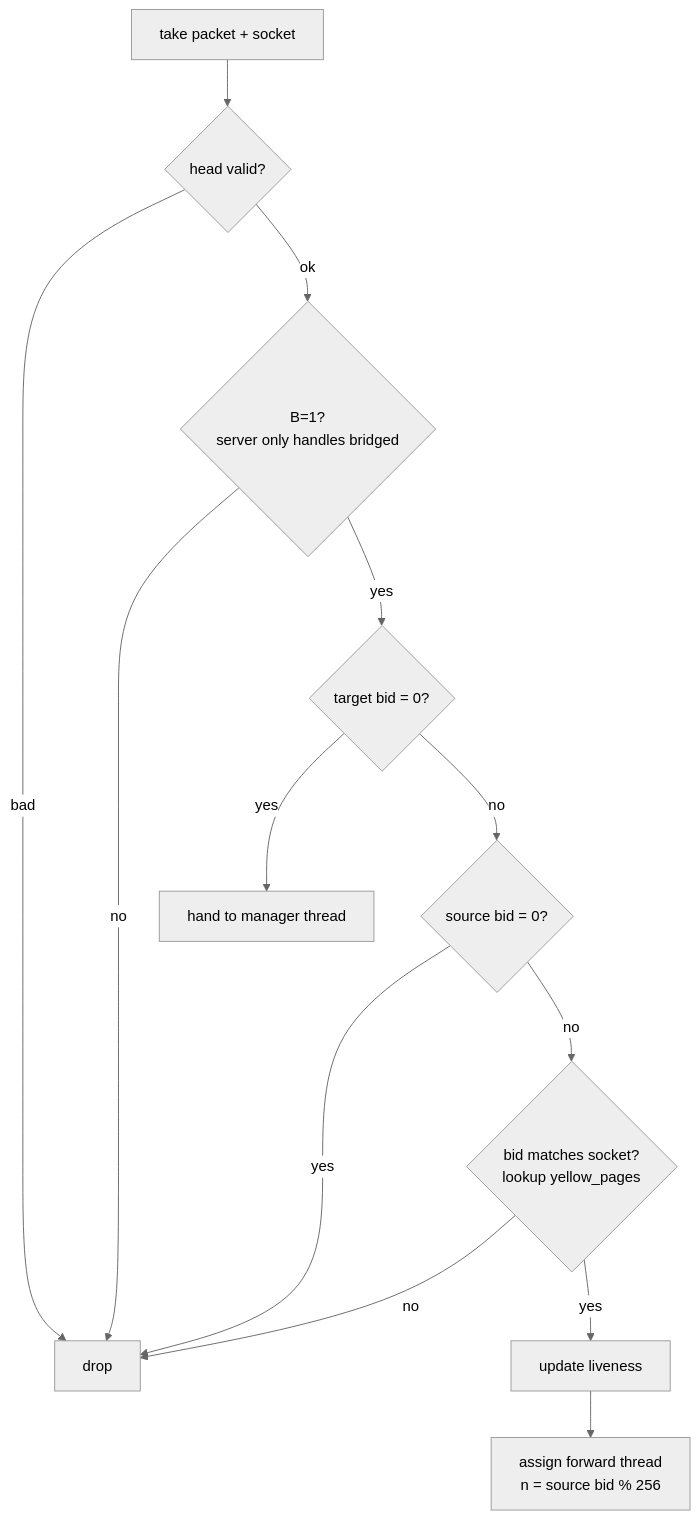
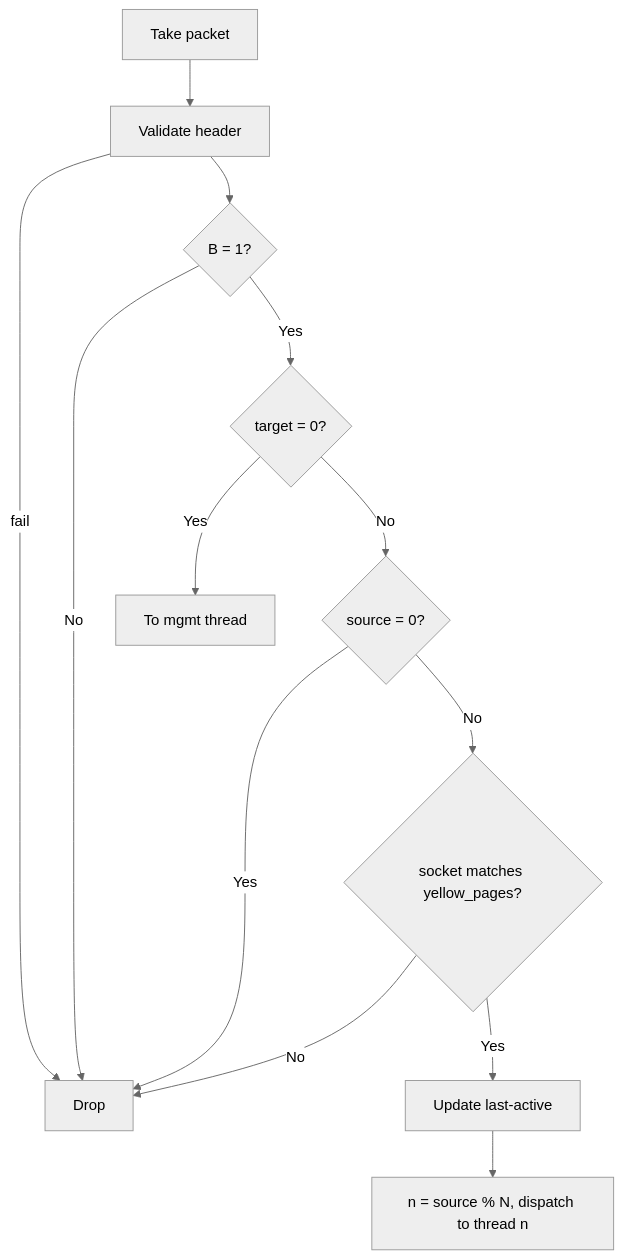
One commit to moky/magpie-bridge changed the third of 4 diagrams in docs/design-architecture.md. Above: the diagram before and after it, drawn with Mermaid (neutral theme). The commit also changed other lines of this file and 9 other files, not shown here.

````diff
--- a/docs/design-architecture.md
+++ b/docs/design-architecture.md
@@ -56,15 +43,15 @@
 ```mermaid
 flowchart TD
-    P[take packet + socket] --> V1{head valid?}
-    V1 -- bad --> DR[drop]
-    V1 -- ok --> V2{B=1?<br/>server only handles bridged}
-    V2 -- no --> DR
-    V2 -- yes --> V3{target bid = 0?}
-    V3 -- yes --> MG[hand to manager thread]
-    V3 -- no --> V4{source bid = 0?}
-    V4 -- yes --> DR
-    V4 -- no --> V5{bid matches socket?<br/>lookup yellow_pages}
-    V5 -- no --> DR
-    V5 -- yes --> UP[update liveness]
-    UP --> AS[assign forward thread<br/>n = source bid % 256]
+    P["Take packet"] --> V1["Validate header"]
+    V1 -->|"fail"| DROP["Drop"]
+    V1 --> V2{"B = 1?"}
+    V2 -- "No" --> DROP
+    V2 -- "Yes" --> T{"target = 0?"}
+    T -- "Yes" --> MGT["To mgmt thread"]
+    T -- "No" --> SRC{"source = 0?"}
+    SRC -- "Yes" --> DROP
+    SRC -- "No" --> CHK{"socket matches yellow_pages?"}
+    CHK -- "No" --> DROP
+    CHK -- "Yes" --> UPD["Update last-active"]
+    UPD --> DISP["n = source % N, dispatch to thread n"]
 ```
````
